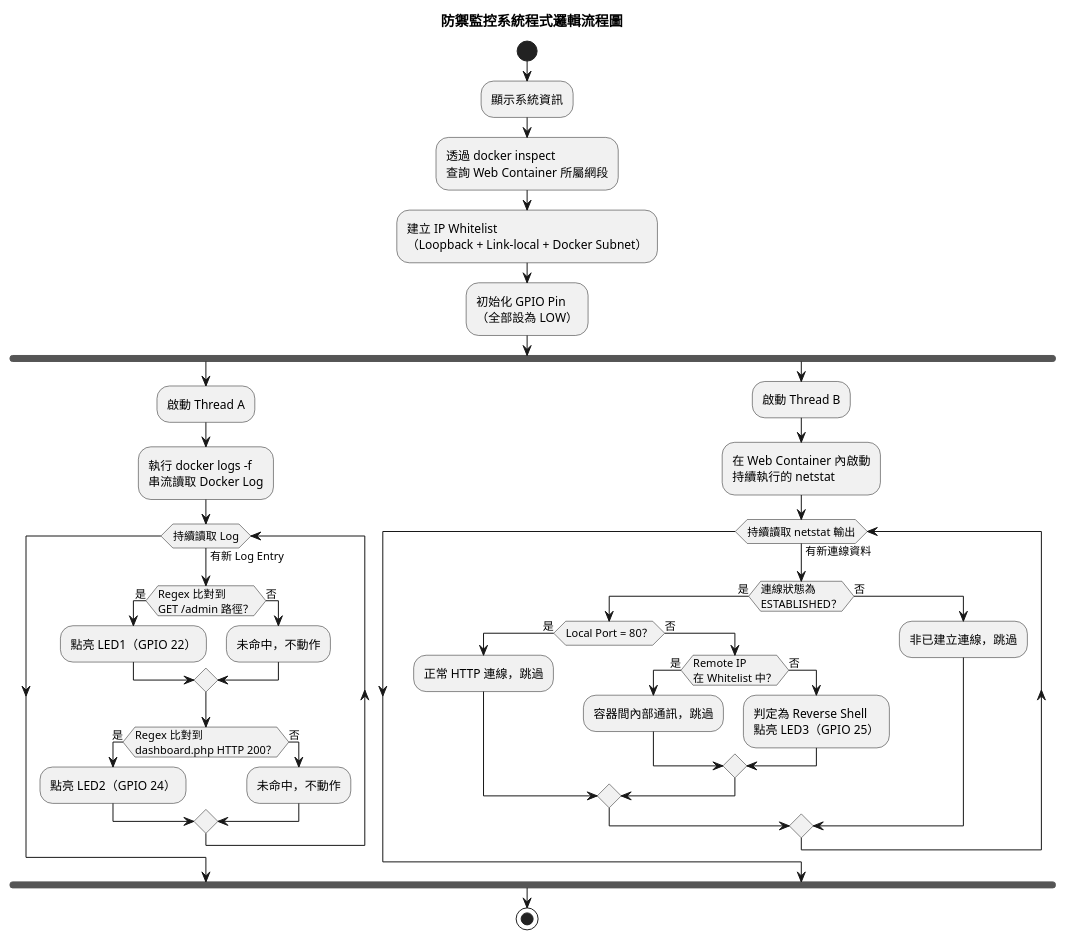
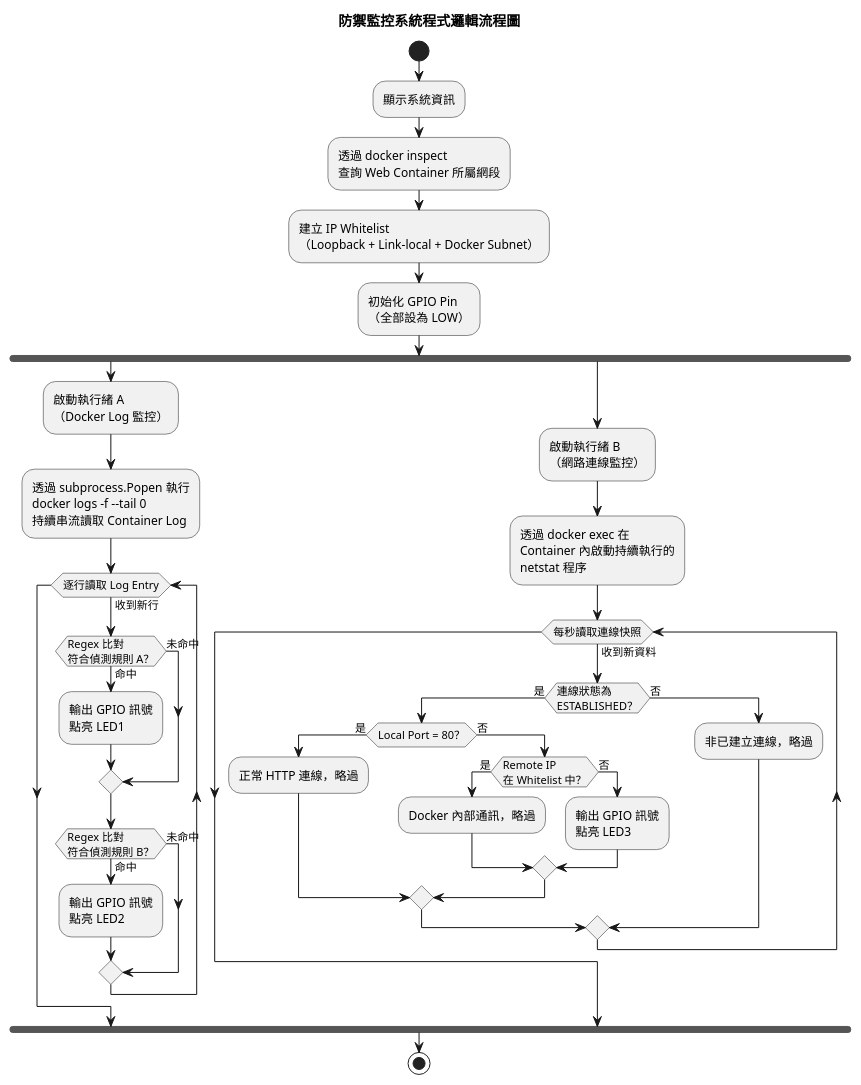
One commit to zyyuy0u/Physic-Flag-CTF changed the diagram in docs/flowchart.puml. Above: the diagram before and after it, drawn with PlantUML. The commit also changed other lines of this file and 5 other files, not shown here.

```diff
--- a/docs/flowchart.puml
+++ b/docs/flowchart.puml
@@ -4,64 +7,68 @@
 @startuml program_logic_flowchart
 title 防禦監控系統程式邏輯流程圖
 
 start
 
 :顯示系統資訊;
 
 :透過 docker inspect
 查詢 Web Container 所屬網段;
 
 :建立 IP Whitelist
 （Loopback + Link-local + Docker Subnet）;
 
 :初始化 GPIO Pin
 （全部設為 LOW）;
 
 fork
-  :啟動 Thread A;
+  :啟動執行緒 A
+  （Docker Log 監控）;
 
-  :執行 docker logs -f
-  串流讀取 Docker Log;
+  :透過 subprocess.Popen 執行
+  docker logs -f --tail 0
+  持續串流讀取 Container Log;
 
-  while (持續讀取 Log) is (有新 Log Entry)
-    if (Regex 比對到\nGET /admin 路徑？) then (是)
-      :點亮 LED1（GPIO 22）;
-    else (否)
-      :未命中，不動作;
+  while (逐行讀取 Log Entry) is (收到新行)
+    if (Regex 比對\n符合偵測規則 A？) then (命中)
+      :輸出 GPIO 訊號
+      點亮 LED1;
+    else (未命中)
     endif
 
-    if (Regex 比對到\ndashboard.php HTTP 200？) then (是)
-      :點亮 LED2（GPIO 24）;
-    else (否)
-      :未命中，不動作;
+    if (Regex 比對\n符合偵測規則 B？) then (命中)
+      :輸出 GPIO 訊號
+      點亮 LED2;
+    else (未命中)
     endif
   endwhile
 
 fork again
-  :啟動 Thread B;
+  :啟動執行緒 B
+  （網路連線監控）;
 
-  :在 Web Container 內啟動
-  持續執行的 netstat;
+  :透過 docker exec 在
+  Container 內啟動持續執行的
+  netstat 程序;
 
-  while (持續讀取 netstat 輸出) is (有新連線資料)
+  while (每秒讀取連線快照) is (收到新資料)
     if (連線狀態為\nESTABLISHED？) then (是)
       if (Local Port = 80？) then (是)
-        :正常 HTTP 連線，跳過;
+        :正常 HTTP 連線，略過;
       else (否)
         if (Remote IP\n在 Whitelist 中？) then (是)
-          :容器間內部通訊，跳過;
+          :Docker 內部通訊，略過;
         else (否)
-          :判定為 Reverse Shell
-          點亮 LED3（GPIO 25）;
+          :輸出 GPIO 訊號
+          點亮 LED3;
         endif
       endif
     else (否)
-      :非已建立連線，跳過;
+      :非已建立連線，略過;
     endif
   endwhile
 
 end fork
 
 stop
 
 @enduml
```
